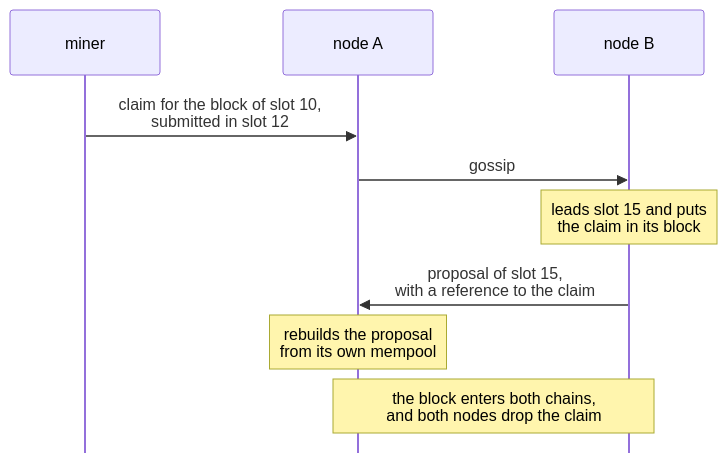
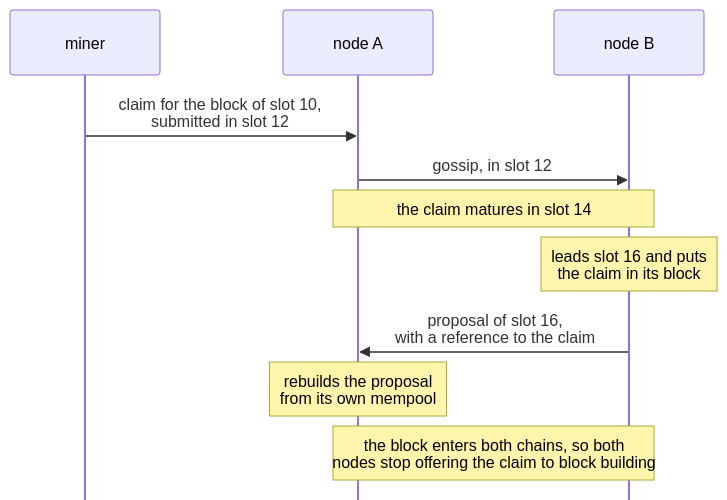
Before and after one commit to logos-co/logos-lips: the first of 4 diagrams in docs/blockchain/raw/mempool.md, drawn with Mermaid. The commit also changed other lines of this file, not shown here.

````diff
--- a/docs/blockchain/raw/mempool.md
+++ b/docs/blockchain/raw/mempool.md
@@ -45,17 +45,18 @@
 ```mermaid
 ---
 config:
   sequence:
     mirrorActors: false
 ---
 sequenceDiagram
     participant M as miner
     participant A as node A
     participant B as node B
     M->>A: claim for the block of slot 10,<br/>submitted in slot 12
-    A->>B: gossip
-    Note over B: leads slot 15 and puts<br/>the claim in its block
-    B->>A: proposal of slot 15,<br/>with a reference to the claim
+    A->>B: gossip, in slot 12
+    Note over A,B: the claim matures in slot 14
+    Note over B: leads slot 16 and puts<br/>the claim in its block
+    B->>A: proposal of slot 16,<br/>with a reference to the claim
     Note over A: rebuilds the proposal<br/>from its own mempool
-    Note over A,B: the block enters both chains,<br/>and both nodes drop the claim
+    Note over A,B: the block enters both chains, so both<br/>nodes stop offering the claim to block building
 ```
````
